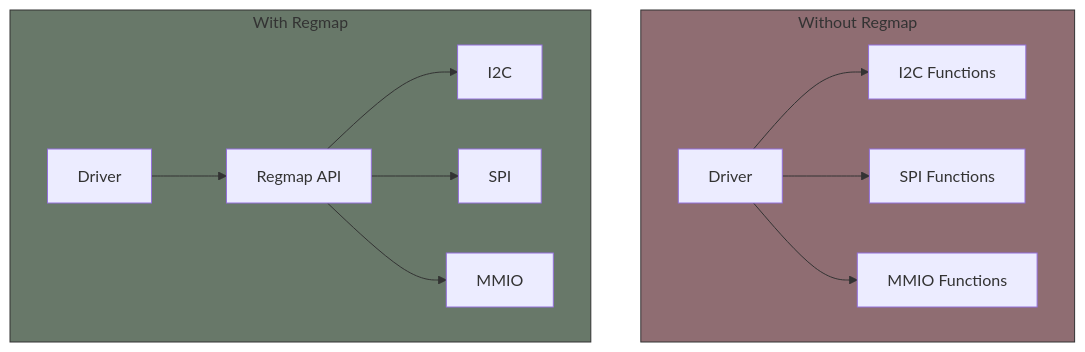
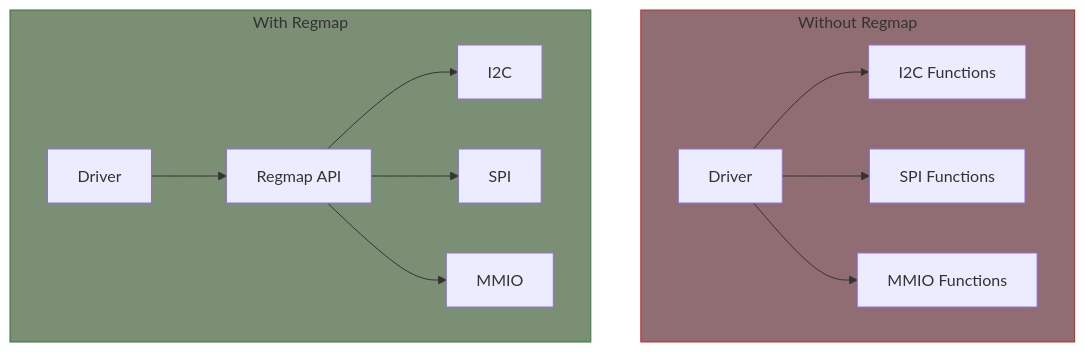
The diagram in part9/03-i2c-regmap.md (MichaelTien8901/linux-driver-guide-tutorial), drawn with Mermaid before and after one commit. The commit also changed 36 other files, not shown here.

Commit message:
Fix mermaid diagram colors to use consistent paper-like theme

````diff
--- a/part9/03-i2c-regmap.md
+++ b/part9/03-i2c-regmap.md
@@ -14,27 +14,27 @@
 ```mermaid
 flowchart TB
     subgraph Without["Without Regmap"]
         D1[Driver]
         I2C1[I2C Functions]
         SPI1[SPI Functions]
         MMIO1[MMIO Functions]
         D1 --> I2C1
         D1 --> SPI1
         D1 --> MMIO1
     end
 
     subgraph With["With Regmap"]
         D2[Driver]
         RM[Regmap API]
         I2C2[I2C]
         SPI2[SPI]
         MMIO2[MMIO]
         D2 --> RM
         RM --> I2C2
         RM --> SPI2
         RM --> MMIO2
     end
 
-    style Without fill:#8f6d72,stroke:#333
-    style With fill:#687869,stroke:#333
+    style Without fill:#8f6d72,stroke:#c62828
+    style With fill:#7a8f73,stroke:#2e7d32
 ```
````
